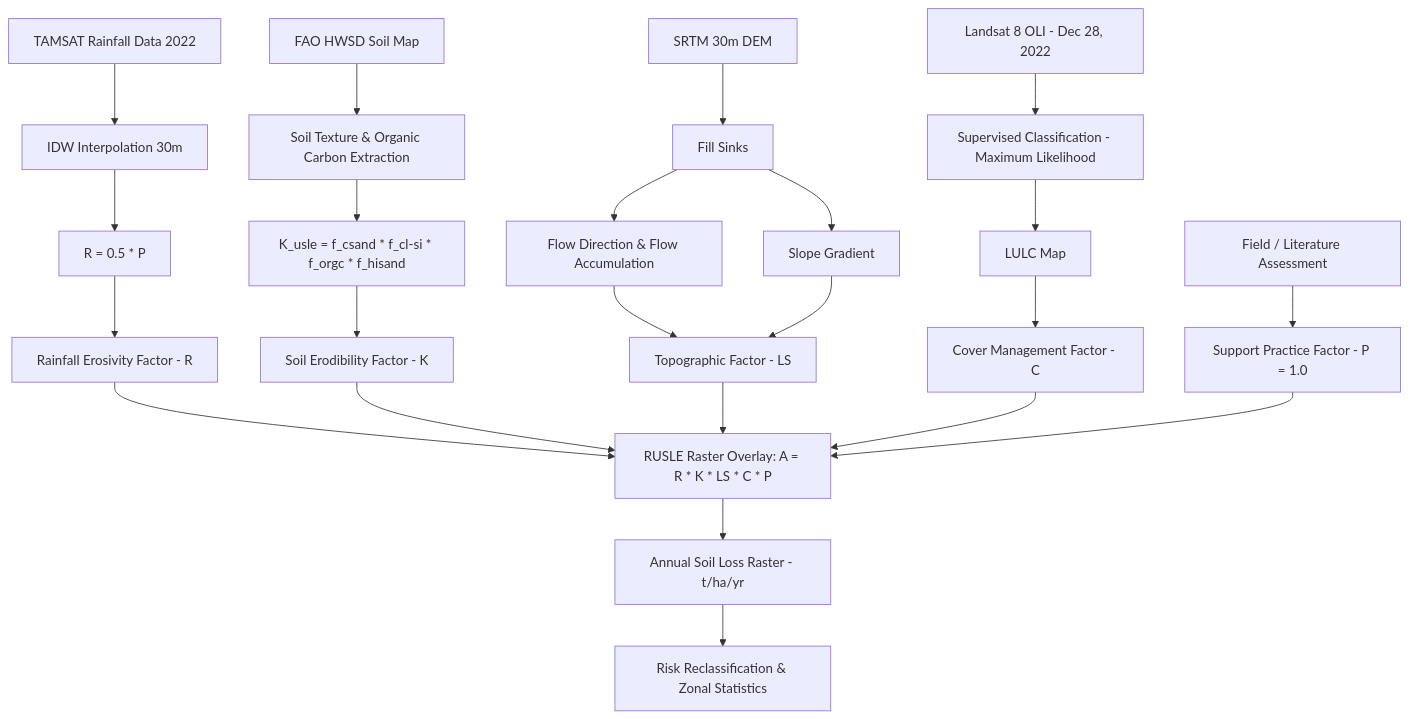
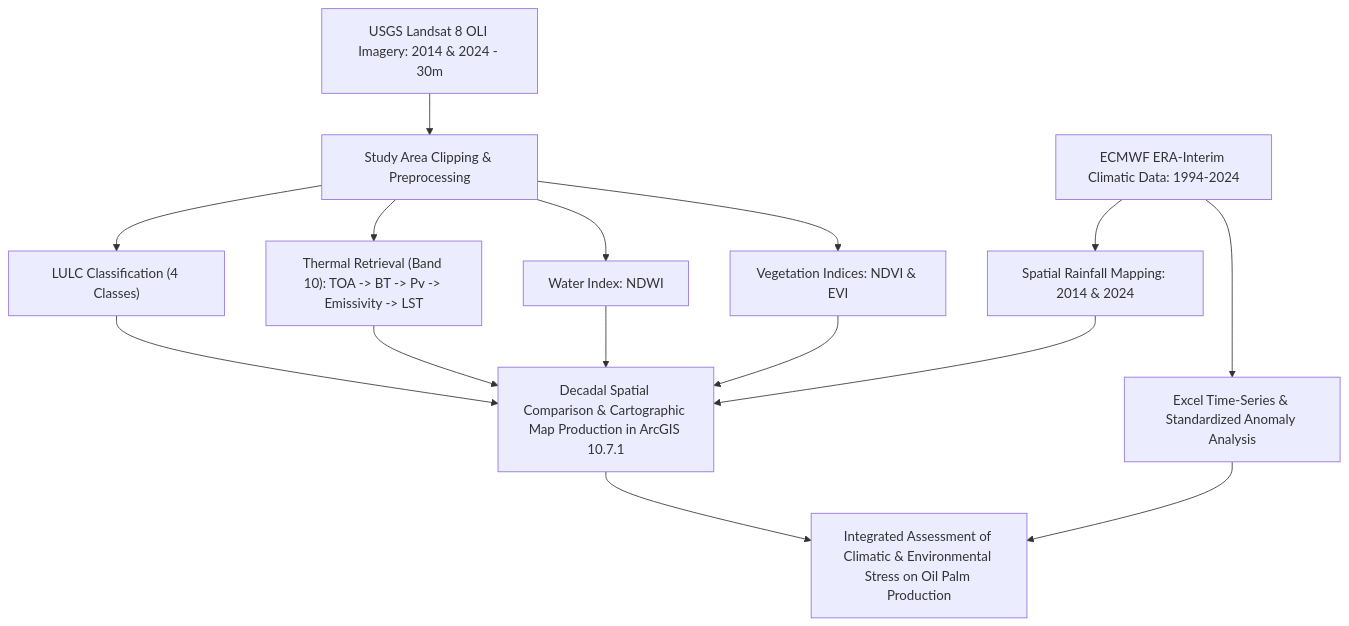
Before and after one commit to oluwasegunopaul-hub/Geospatial_Remote_Sensing_Portfolio: the diagram in climate_change_public_perception_oil_palm_production/README.md, drawn with Mermaid. The commit also changed other lines of this file, not shown here.

````diff
--- a/climate_change_public_perception_oil_palm_production/README.md
+++ b/climate_change_public_perception_oil_palm_production/README.md
@@ -92,25 +96,14 @@
 ```mermaid
 flowchart TD
-    A[TAMSAT Rainfall Data 2022] --> B[IDW Interpolation 30m]
-    B --> C["R = 0.5 * P"]
-    C --> R[Rainfall Erosivity Factor - R]
+    A[USGS Landsat 8 OLI Imagery: 2014 & 2024 - 30m] --> B[Study Area Clipping & Preprocessing]
+    B --> C["Vegetation Indices: NDVI & EVI"]
+    B --> D["Water Index: NDWI"]
+    B --> E["Thermal Retrieval (Band 10): TOA -> BT -> Pv -> Emissivity -> LST"]
+    B --> F["LULC Classification (4 Classes)"]
 
-    D[FAO HWSD Soil Map] --> E[Soil Texture & Organic Carbon Extraction]
-    E --> F["K_usle = f_csand * f_cl-si * f_orgc * f_hisand"]
-    F --> K[Soil Erodibility Factor - K]
+    G[ECMWF ERA-Interim Climatic Data: 1994-2024] --> H[Excel Time-Series & Standardized Anomaly Analysis]
+    G --> I[Spatial Rainfall Mapping: 2014 & 2024]
 
-    G[SRTM 30m DEM] --> H[Fill Sinks]
-    H --> I[Flow Direction & Flow Accumulation]
-    H --> J[Slope Gradient]
-    I & J --> LS[Topographic Factor - LS]
-
-    L[Landsat 8 OLI - Dec 28, 2022] --> M[Supervised Classification - Maximum Likelihood]
-    M --> N[LULC Map]
-    N --> C_FAC[Cover Management Factor - C]
-
-    O[Field / Literature Assessment] --> P[Support Practice Factor - P = 1.0]
-
-    R & K & LS & C_FAC & P --> Q["RUSLE Raster Overlay: A = R * K * LS * C * P"]
-    Q --> S[Annual Soil Loss Raster - t/ha/yr]
-    S --> T[Risk Reclassification & Zonal Statistics]
+    C & D & E & F & I --> J[Decadal Spatial Comparison & Cartographic Map Production in ArcGIS 10.7.1]
+    H & J --> K[Integrated Assessment of Climatic & Environmental Stress on Oil Palm Production]
 ```
````
